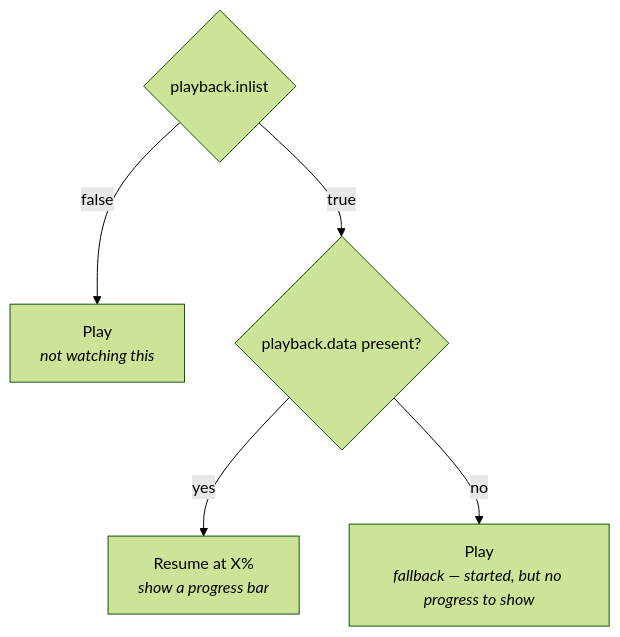
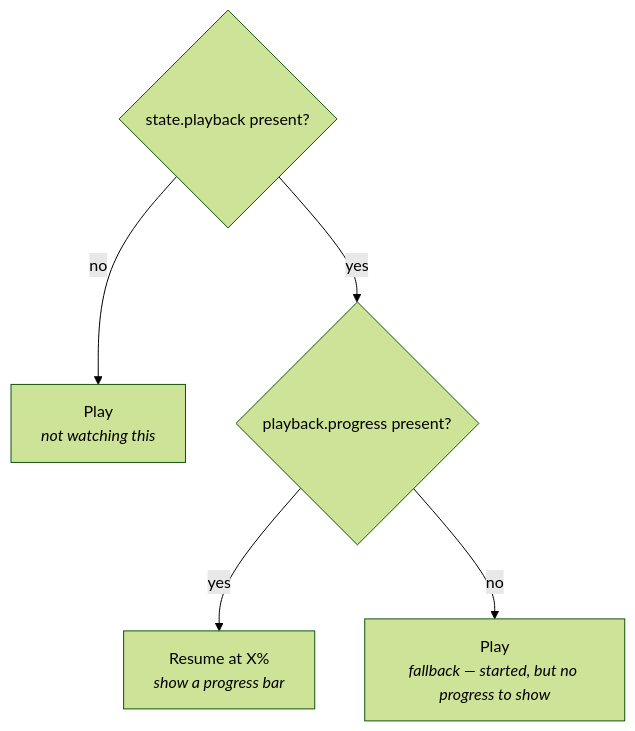
The diagram in docs/guides/profile-context/media-profile-meta.mdx (DiscovrDev/discovr), drawn with Mermaid (forest theme) before and after one commit. The commit also changed other lines of this file and 413 other files, not shown here.

````diff
--- a/docs/guides/profile-context/media-profile-meta.mdx
+++ b/docs/guides/profile-context/media-profile-meta.mdx
@@ -52,7 +52,7 @@
 ```mermaid
 flowchart TD
-    A{"playback.inlist"} -->|false| P1["Play<br/><i>not watching this</i>"]
-    A -->|true| B{"playback.data present?"}
+    A{"state.playback present?"} -->|no| P1["Play<br/><i>not watching this</i>"]
+    A -->|yes| B{"playback.progress present?"}
     B -->|yes| R["Resume at X%<br/><i>show a progress bar</i>"]
     B -->|no| P2["Play<br/><i>fallback — started, but no progress to show</i>"]
 ```
````
